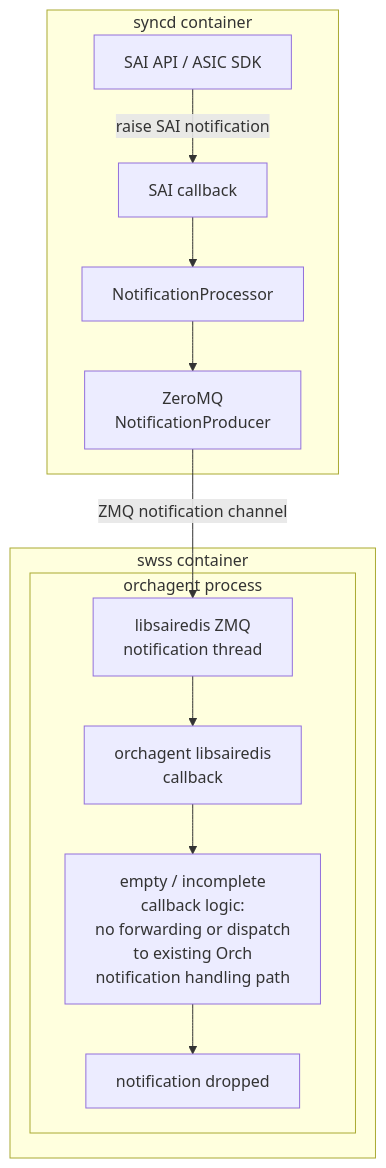
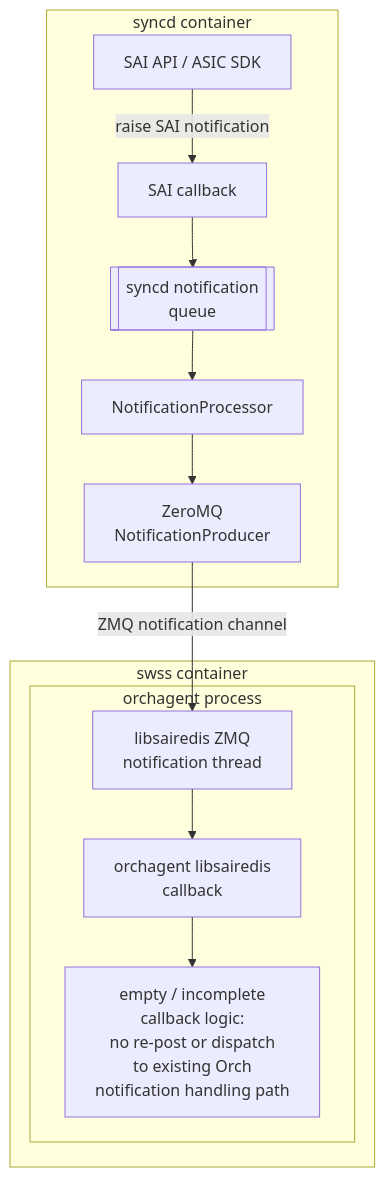
The third of 10 diagrams in hld/zmq-southbound-sai-notification-handling.md (sonic-net/sonic-buildimage), drawn with Mermaid before and after one commit. The commit also changed other lines of this file, not shown here.

First line of the commit message:
Update ZMQ SAI notification Option 3 HLD

````diff
--- a/hld/zmq-southbound-sai-notification-handling.md
+++ b/hld/zmq-southbound-sai-notification-handling.md
@@ -158,26 +191,26 @@
 ```mermaid
 flowchart TD
     subgraph syncdContainer["syncd container"]
         saiApi["SAI API / ASIC SDK"]
         syncdCallback["SAI callback"]
+        ntfQueue[["syncd notification<br/>queue"]]
         notificationProcessor["NotificationProcessor"]
         zmqProducer["ZeroMQ<br/>NotificationProducer"]
     end
 
     subgraph swssContainer["swss container"]
         subgraph orchagentProcess["orchagent process"]
             zmqThread["libsairedis ZMQ<br/>notification thread"]
             saiCallback["orchagent libsairedis<br/>callback"]
-            callbackLogic["empty / incomplete<br/>callback logic:<br/>no forwarding or dispatch<br/>to existing Orch<br/>notification handling path"]
-            dropped["notification dropped"]
+            callbackLogic["empty / incomplete<br/>callback logic:<br/>no re-post or dispatch<br/>to existing Orch<br/>notification handling path"]
         end
     end
 
     saiApi -->|"raise SAI notification"| syncdCallback
-    syncdCallback --> notificationProcessor
+    syncdCallback --> ntfQueue
+    ntfQueue --> notificationProcessor
     notificationProcessor --> zmqProducer
     zmqProducer -->|"ZMQ notification channel"| zmqThread
     zmqThread --> saiCallback
     saiCallback --> callbackLogic
-    callbackLogic --> dropped
 ```
````
